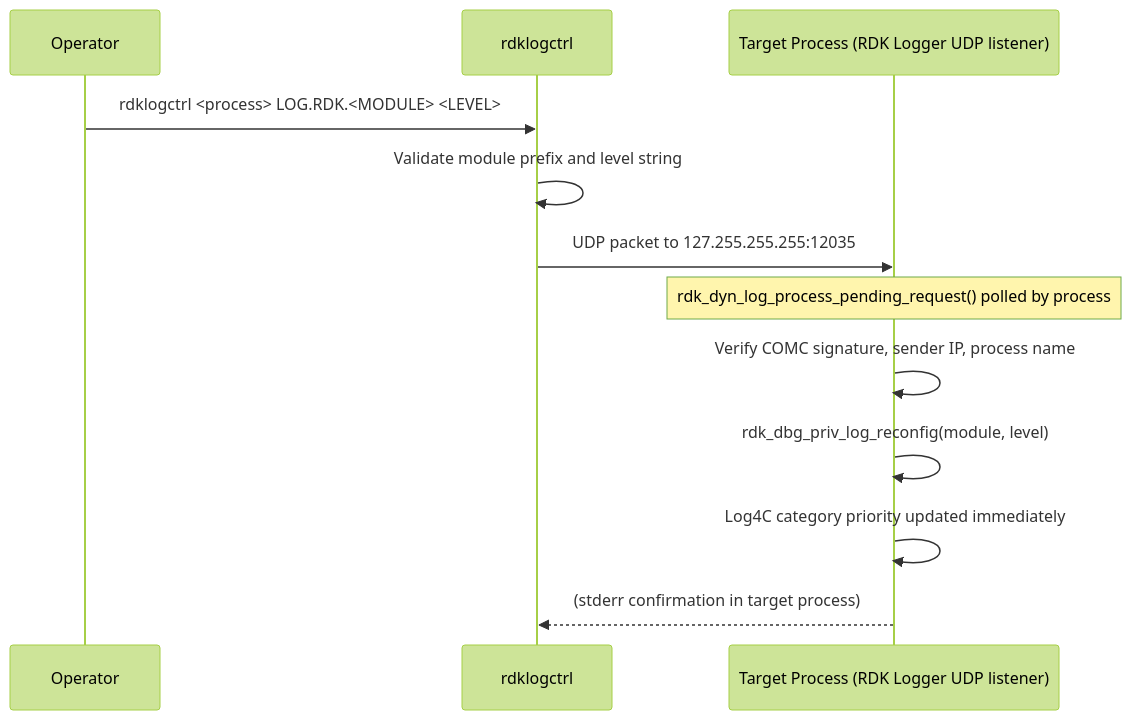
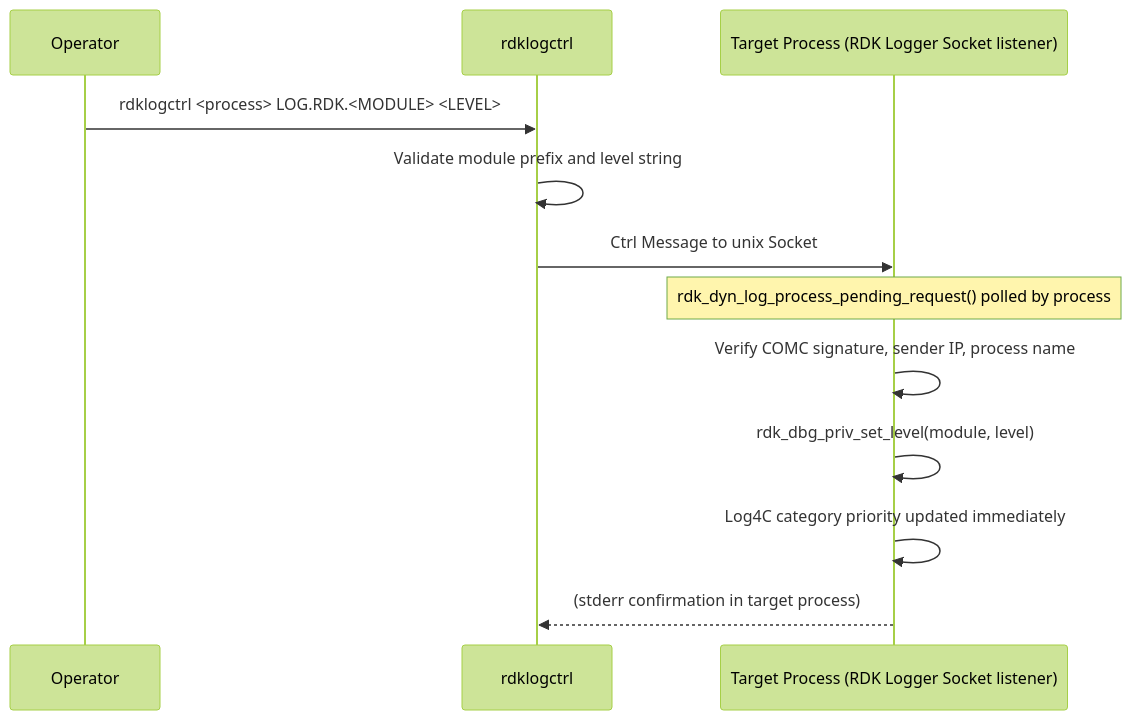
One commit to rdkcentral/rdk_logger changed the eighth of 8 diagrams in docs/README.md. Above: the diagram before and after it, drawn with Mermaid (forest theme). The commit also changed other lines of this file and 12 other files, not shown here.

First line of the commit message:
RDKEMW-24390: Mitigate Mythos Findings in RDK Logger (#64)

````diff
--- a/docs/README.md
+++ b/docs/README.md
@@ -365,15 +364,15 @@
 ```mermaid
 sequenceDiagram
     participant Operator as Operator
     participant Tool as rdklogctrl
-    participant Target as Target Process (RDK Logger UDP listener)
+    participant Target as Target Process (RDK Logger Socket listener)
 
     Operator->>Tool: rdklogctrl <process> LOG.RDK.<MODULE> <LEVEL>
     Tool->>Tool: Validate module prefix and level string
-    Tool->>Target: UDP packet to 127.255.255.255:12035
+    Tool->>Target: Ctrl Message to unix Socket 
     Note over Target: rdk_dyn_log_process_pending_request() polled by process
     Target->>Target: Verify COMC signature, sender IP, process name
-    Target->>Target: rdk_dbg_priv_log_reconfig(module, level)
+    Target->>Target: rdk_dbg_priv_set_level(module, level)
     Target->>Target: Log4C category priority updated immediately
     Target-->>Tool: (stderr confirmation in target process)
 ```
````
